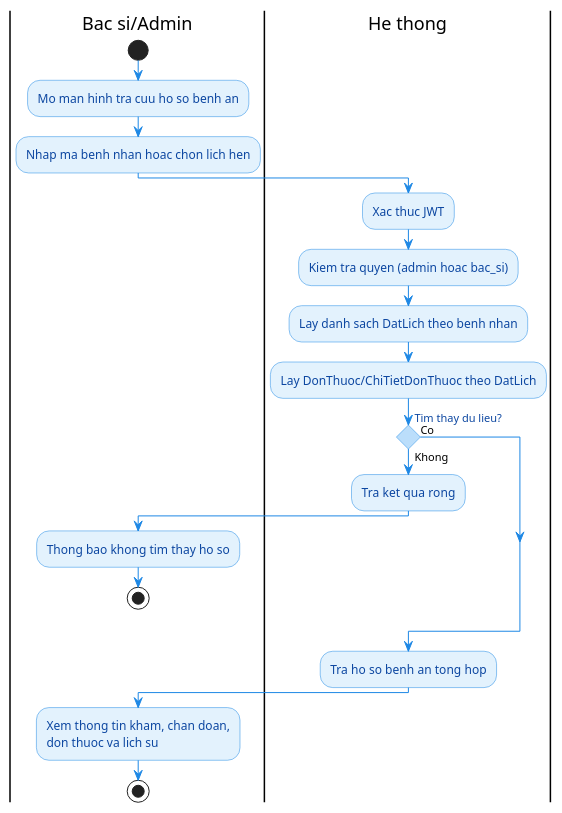
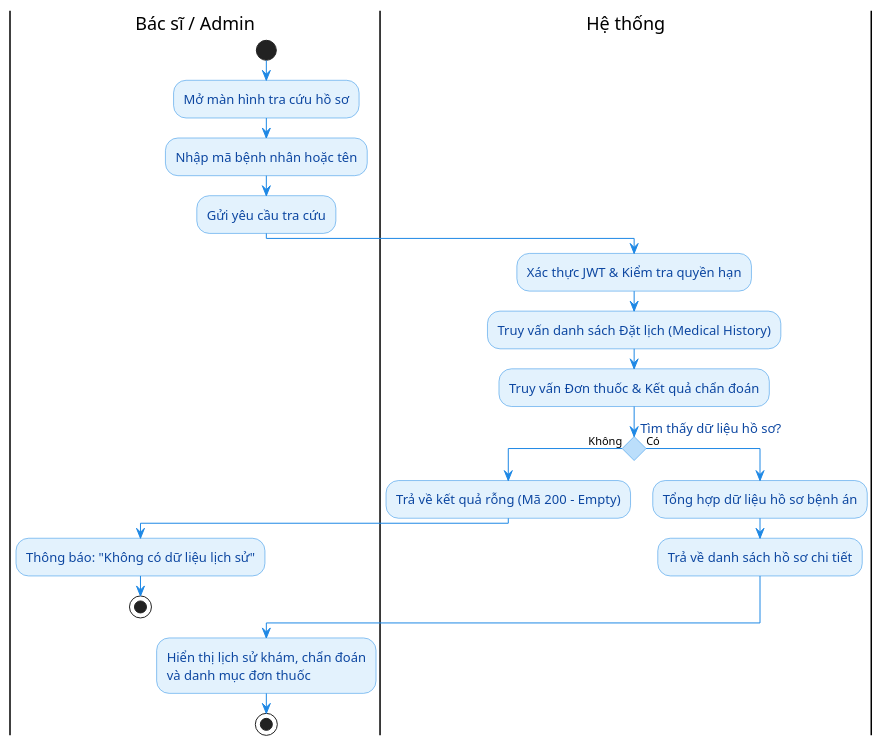
The diagram in server/doc/diagrams/ACT_09_TraCuuHoSoBenhAn.puml (yqhuouc/HealthCare), drawn with PlantUML before and after one commit. The commit also changed 41 other files, not shown here.

Commit message:
feat: implement authentication system with password reset functionality and add project architecture documentation

```diff
--- a/server/doc/diagrams/ACT_09_TraCuuHoSoBenhAn.puml
+++ b/server/doc/diagrams/ACT_09_TraCuuHoSoBenhAn.puml
@@ -1,45 +1,46 @@
-@startuml Activity_TraCuuHoSoBenhAn
+@startuml Activity_TraCuuHoSoBenhAn_V2
 
 skinparam shadowing false
 skinparam backgroundColor white
 skinparam conditionStyle diamond
 skinparam ConditionEndStyle hline
 
 skinparam activity {
   BackgroundColor #E3F2FD
   BorderColor #1E88E5
   FontColor #0D47A1
-  RoundCorner 15
+  FontSize 13
+  RoundCorner 20
 }
 
 skinparam activityDiamondBackgroundColor #BBDEFB
 skinparam activityDiamondBorderColor #1E88E5
 skinparam activityDiamondFontColor #0D47A1
 skinparam ArrowColor #1E88E5
 
-|Bac si/Admin|
+|Bác sĩ / Admin|
 start
-:Mo man hinh tra cuu ho so benh an;
-:Nhap ma benh nhan hoac chon lich hen;
+:Mở màn hình tra cứu hồ sơ;
+:Nhập mã bệnh nhân hoặc tên;
+:Gửi yêu cầu tra cứu;
 
-|He thong|
-:Xac thuc JWT;
-:Kiem tra quyen (admin hoac bac_si);
-:Lay danh sach DatLich theo benh nhan;
-:Lay DonThuoc/ChiTietDonThuoc theo DatLich;
+|Hệ thống|
+:Xác thực JWT & Kiểm tra quyền hạn;
+:Truy vấn danh sách Đặt lịch (Medical History);
+:Truy vấn Đơn thuốc & Kết quả chẩn đoán;
 
-if (Tim thay du lieu?) then (Khong)
-  :Tra ket qua rong;
-  |Bac si/Admin|
-  :Thong bao khong tim thay ho so;
+if (Tìm thấy dữ liệu hồ sơ?) then (Không)
+  :Trả về kết quả rỗng (Mã 200 - Empty);
+  |Bác sĩ / Admin|
+  :Thông báo: "Không có dữ liệu lịch sử";
   stop
-else (Co)
+else (Có)
+  |Hệ thống|
+  :Tổng hợp dữ liệu hồ sơ bệnh án;
+  :Trả về danh sách hồ sơ chi tiết;
 endif
 
-|He thong|
-:Tra ho so benh an tong hop;
-
-|Bac si/Admin|
-:Xem thong tin kham, chan doan,\ndon thuoc va lich su;
+|Bác sĩ / Admin|
+:Hiển thị lịch sử khám, chẩn đoán\nvà danh mục đơn thuốc;
 stop
 @enduml
```
